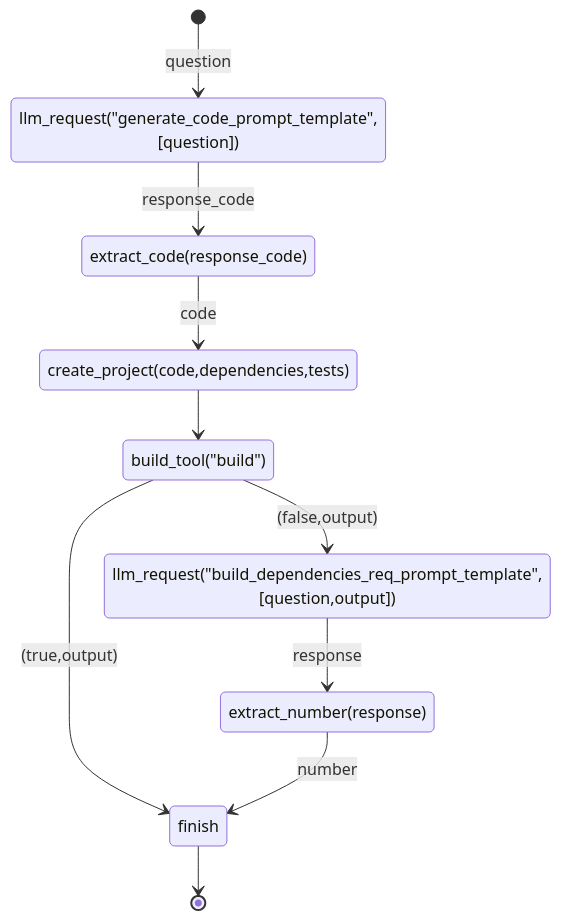
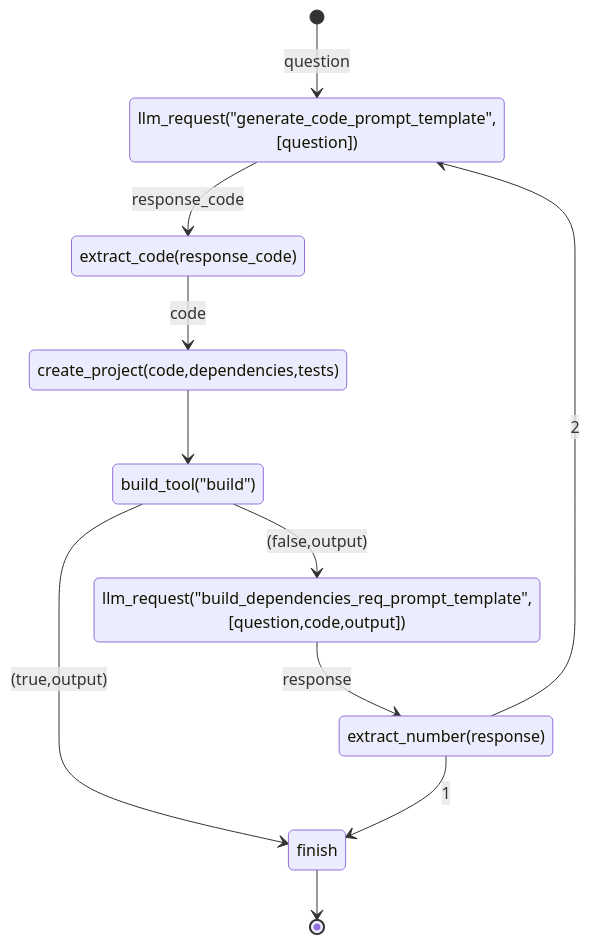
The diagram in state.md (rizgan/LLM-Logic-Exec-Verify), drawn with Mermaid before and after one commit.

````diff
--- a/state.md
+++ b/state.md
@@ -20,12 +20,13 @@
 ```mermaid
 stateDiagram
 [*] --> llm_request("generate_code_prompt_template",[question]) : question
 llm_request("generate_code_prompt_template",[question]) --> extract_code(response_code) : response_code
 extract_code(response_code) --> create_project(code,dependencies,tests) : code
 create_project(code,dependencies,tests) --> build_tool("build")
 build_tool("build") --> finish : (true,output) 
-build_tool("build") --> llm_request("build_dependencies_req_prompt_template",[question,output]) : (false,output) 
-llm_request("build_dependencies_req_prompt_template",[question,output])  --> extract_number(response) : response
-extract_number(response) --> finish : number
+build_tool("build") --> llm_request("build_dependencies_req_prompt_template",[question,code,output]) : (false,output) 
+llm_request("build_dependencies_req_prompt_template",[question,code,output])  --> extract_number(response) : response
+extract_number(response) --> finish : 1
+extract_number(response) -->  llm_request("generate_code_prompt_template",[question]) : 2
 finish --> [*]
 ```
````
